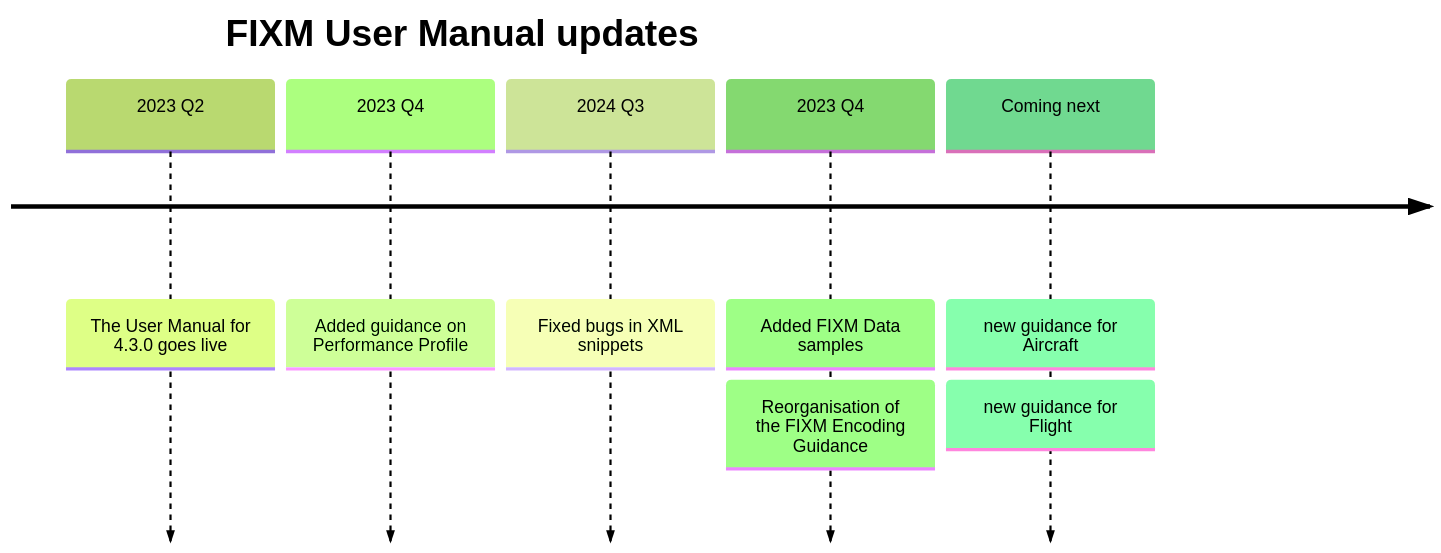
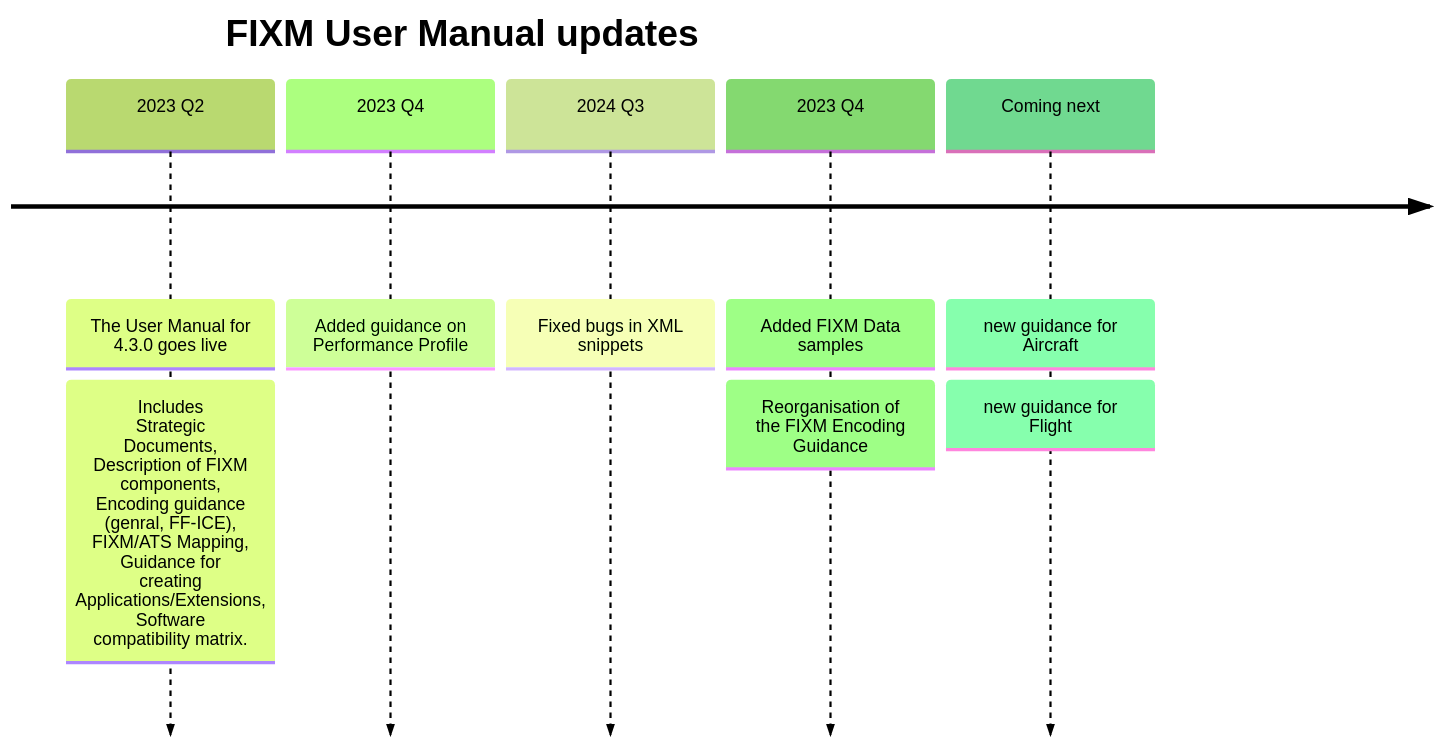
The diagram in docs/topic3/test_fx_flight.md (fixm-ccb/sandbox), drawn with Mermaid before and after one commit.

````diff
--- a/docs/topic3/test_fx_flight.md
+++ b/docs/topic3/test_fx_flight.md
@@ -4,10 +4,10 @@
 ```mermaid
 %%{init: { 'logLevel': 'debug', 'theme': 'forest' } }%%
 timeline
   title FIXM User Manual updates 
-    2023 Q2 : The User Manual for 4.3.0 goes live
+    2023 Q2 : The User Manual for 4.3.0 goes live : Includes<br>Strategic Documents, Description of FIXM components, Encoding guidance (genral, FF-ICE), FIXM/ATS Mapping, Guidance for creating Applications/Extensions, Software compatibility matrix.
     2023 Q4 : Added guidance on Performance Profile
     2024 Q3 : Fixed bugs in XML snippets
     2023 Q4 : Added FIXM Data samples : Reorganisation of the FIXM Encoding Guidance
     Coming next : new guidance for Aircraft : new guidance for Flight
 ```
````
